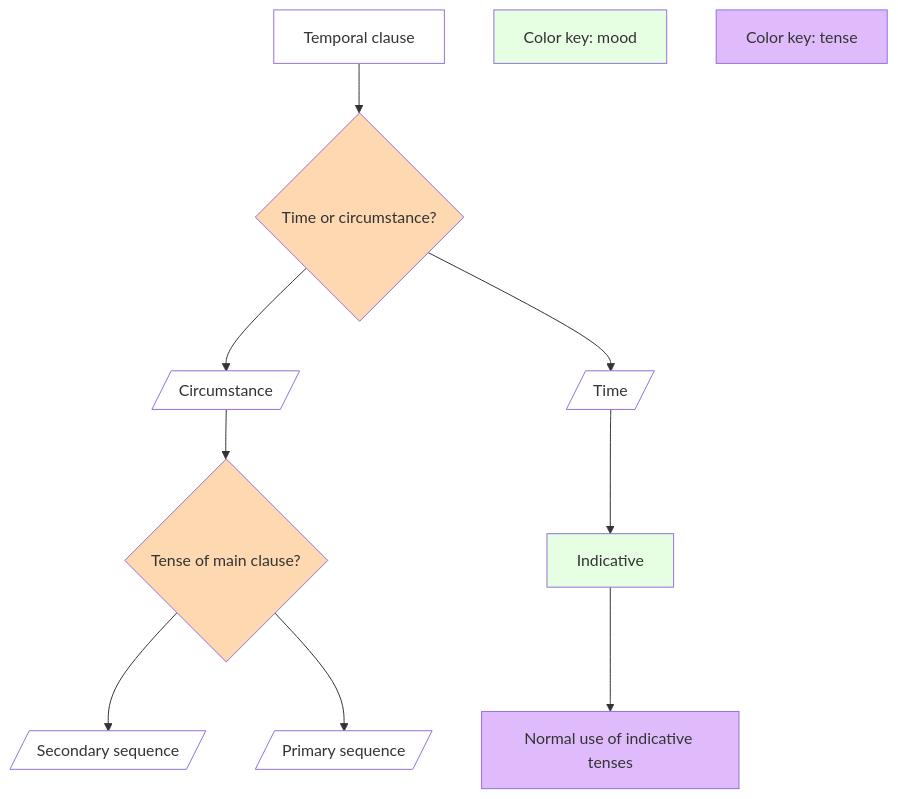
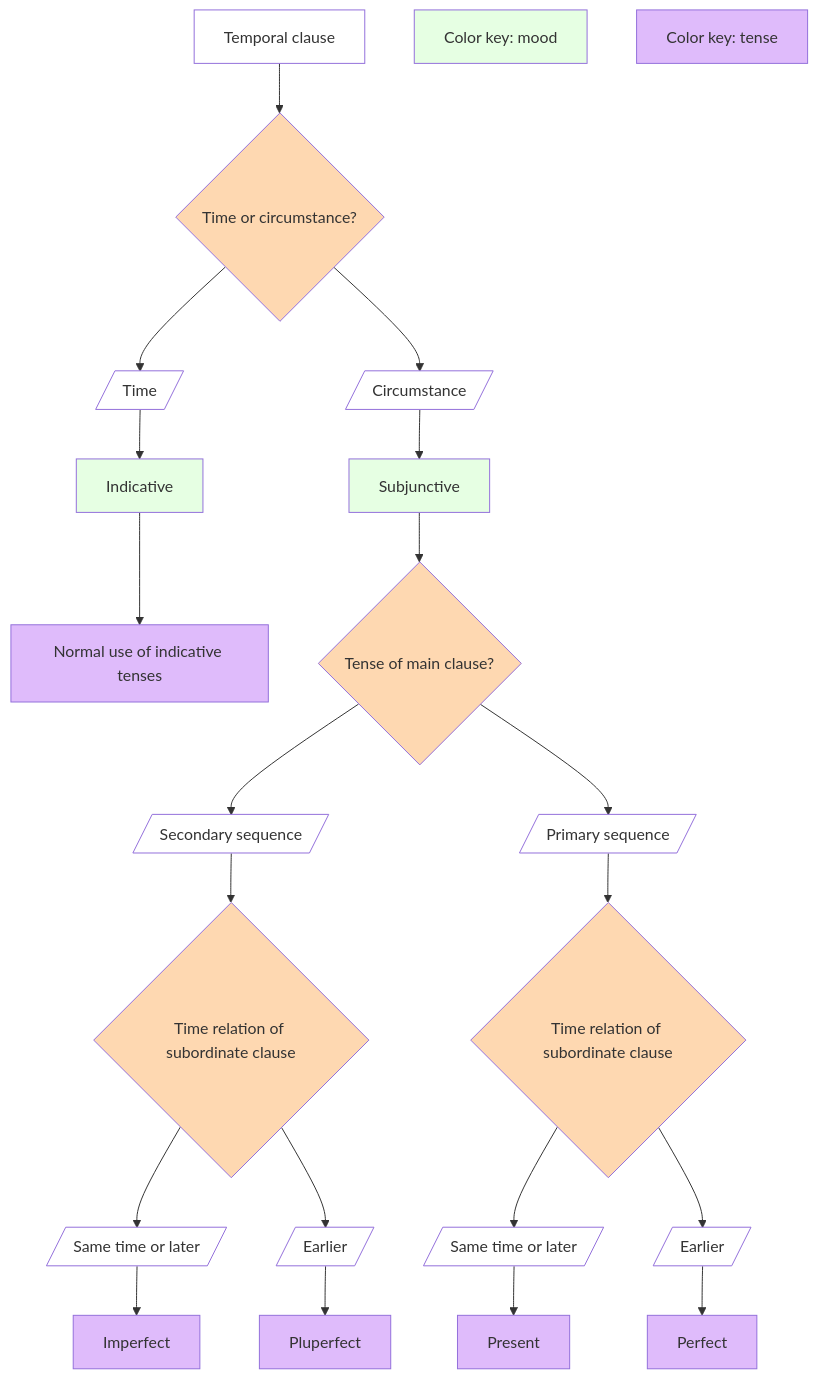
Before and after one commit to neelsmith/latin101: the diagram in docs/sot.md, drawn with Mermaid. The commit also changed other lines of this file, not shown here.

Commit message:
Test mermaid diagram for sequence of tenses

````diff
--- a/docs/sot.md
+++ b/docs/sot.md
@@ -5,38 +8,69 @@
 ```mermaid
 graph TD
 
     root[Temporal clause] --> Q1{Time or circumstance?}
     Q1 --> circumstancial[/Circumstance/]
     Q1 --> temporal[/Time/]
 
     temporal --> indic[Indicative]
     indic --> indictens[Normal use of indicative tenses]
 
-    circumstancial --> Q2{Tense of main clause?}
+    circumstancial --> subj[Subjunctive]
+    subj -->  Q2{Tense of main clause?}
     Q2 --> secondary[/Secondary sequence/]
     Q2 --> primary[/Primary sequence/]
 
+
+
+
     k1[Color key: mood]
     k2[Color key: tense]
-    
 
     
+    secondary --> Q3a{Time relation of subordinate clause}
+    primary --> Q3b{Time relation of subordinate clause}
+
+    
+    Q3a --> same1[/Same time or later/]
+    Q3a --> prev1[/Earlier/]
+    Q3b --> same2[/Same time or later/]
+    Q3b --> prev2[/Earlier/]
+
+    same1 --> impft[Imperfect]
+    prev1 --> ppft[Pluperfect]
+
+    same2 --> pres[Present]
+    prev2 --> pft[Perfect]
+
     classDef plainwhite fill:#ffffff;
     classDef query fill:#fed8b1;
     classDef mood fill:#e6ffe3;
     classDef tense fill:#dfbbfb;
 
 
     class k1 mood;
     class k2 tense;
     class root plainwhite;
     class Q1 query;
     class Q2 query;
+    class Q3a query;
+    class Q3b query;
     class indic mood;
     class circumstancial plainwhite;
     class temporal plainwhite;
     class primary plainwhite;
     class secondary plainwhite;
 
     class indictens tense;
+    class subj mood;
+
+    class same1 plainwhite;
+    class same2 plainwhite;
+    class prev1 plainwhite;
+    class prev2 plainwhite;
+
+    class pres tense;
+    class pft tense;
+    class impft tense;
+    class ppft tense;
 ```    
````
